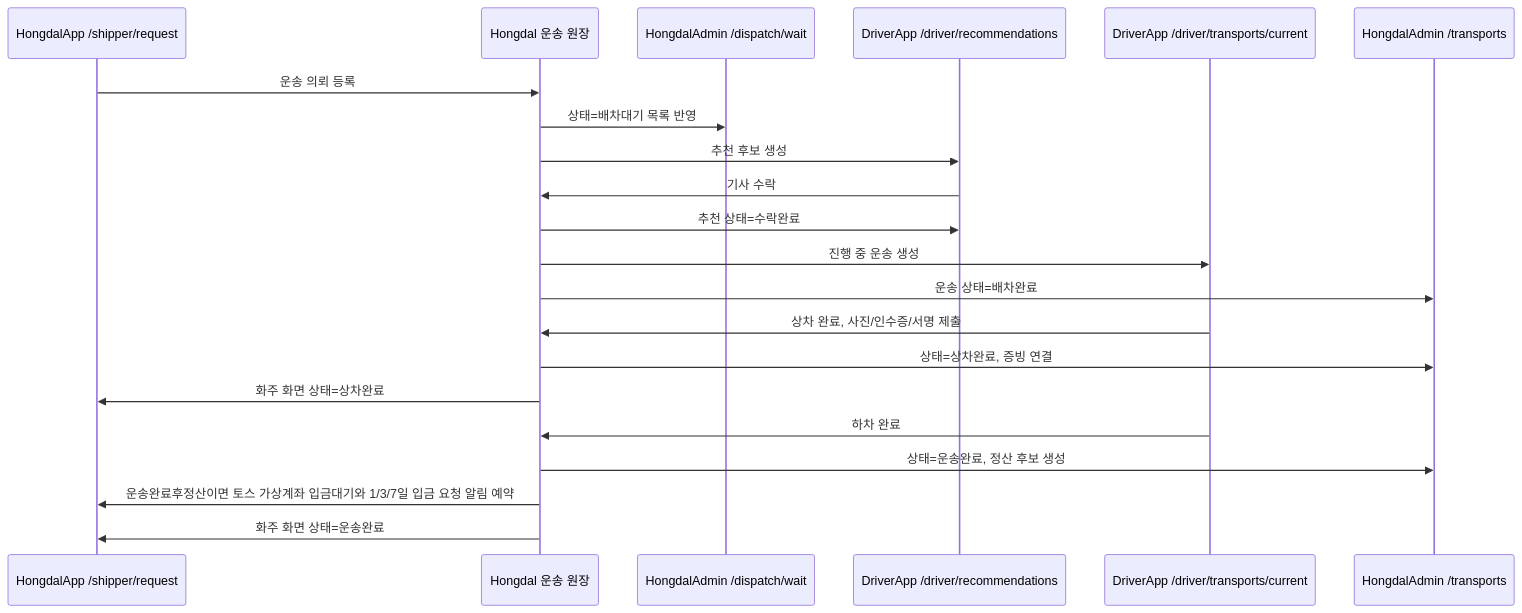
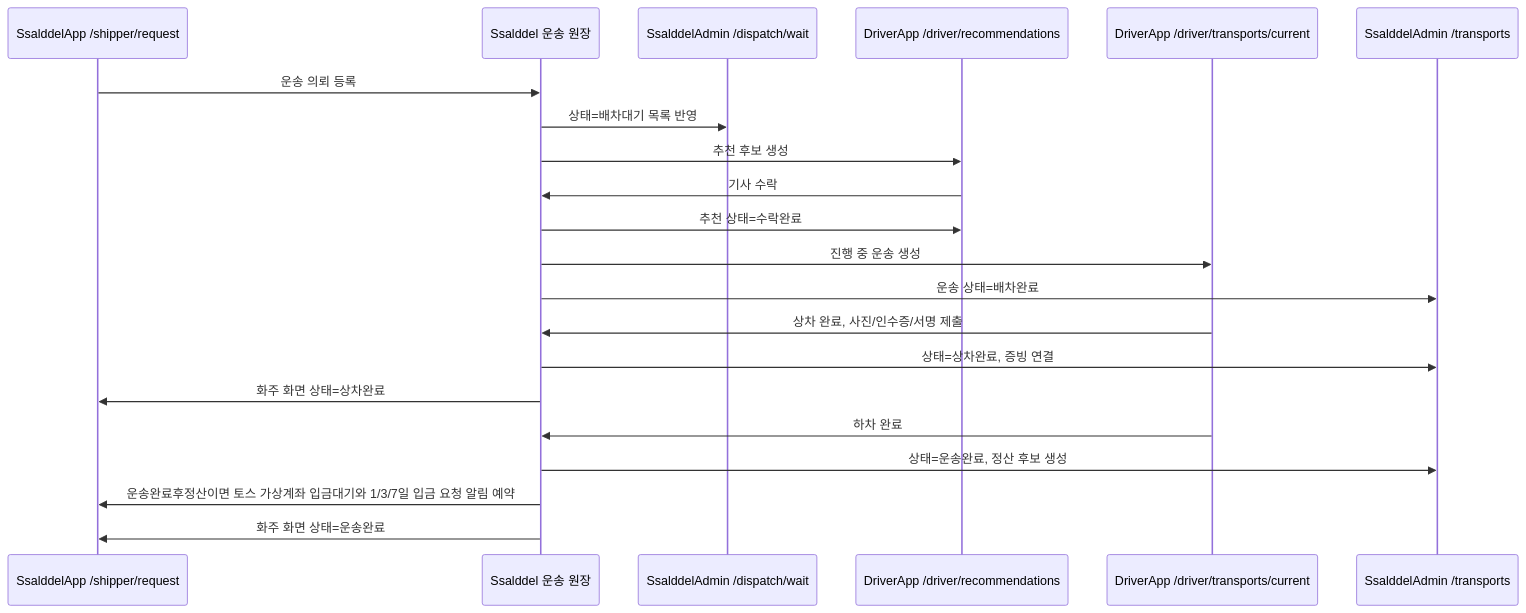
The third of 9 diagrams in docs/ProjectOverview/workflow-app-screen-map.md (cheolwo/hongdal), drawn with Mermaid before and after one commit. The commit also changed other lines of this file and 6611 other files, not shown here.

Commit message:
refactor: rename Hongdal to Ssalddel

````diff
--- a/docs/ProjectOverview/workflow-app-screen-map.md
+++ b/docs/ProjectOverview/workflow-app-screen-map.md
@@ -103,24 +103,24 @@
 ```mermaid
 sequenceDiagram
-    participant Shipper as HongdalApp /shipper/request
-    participant Server as Hongdal 운송 원장
-    participant AdminWait as HongdalAdmin /dispatch/wait
+    participant Shipper as SsalddelApp /shipper/request
+    participant Server as Ssalddel 운송 원장
+    participant AdminWait as SsalddelAdmin /dispatch/wait
     participant DriverReco as DriverApp /driver/recommendations
     participant DriverRun as DriverApp /driver/transports/current
-    participant AdminTrans as HongdalAdmin /transports
+    participant AdminTrans as SsalddelAdmin /transports
 
     Shipper->>Server: 운송 의뢰 등록
     Server->>AdminWait: 상태=배차대기 목록 반영
     Server->>DriverReco: 추천 후보 생성
     DriverReco->>Server: 기사 수락
     Server->>DriverReco: 추천 상태=수락완료
     Server->>DriverRun: 진행 중 운송 생성
     Server->>AdminTrans: 운송 상태=배차완료
     DriverRun->>Server: 상차 완료, 사진/인수증/서명 제출
     Server->>AdminTrans: 상태=상차완료, 증빙 연결
     Server->>Shipper: 화주 화면 상태=상차완료
     DriverRun->>Server: 하차 완료
     Server->>AdminTrans: 상태=운송완료, 정산 후보 생성
     Server->>Shipper: 운송완료후정산이면 토스 가상계좌 입금대기와 1/3/7일 입금 요청 알림 예약
     Server->>Shipper: 화주 화면 상태=운송완료
 ```
````
